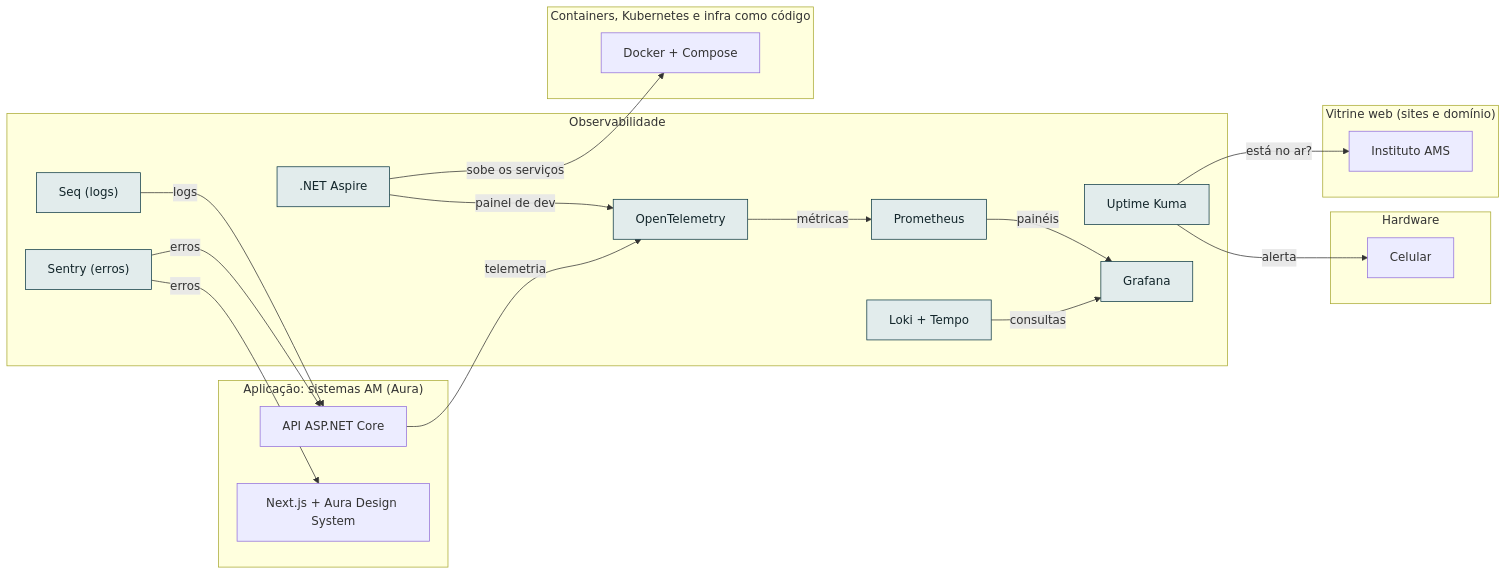
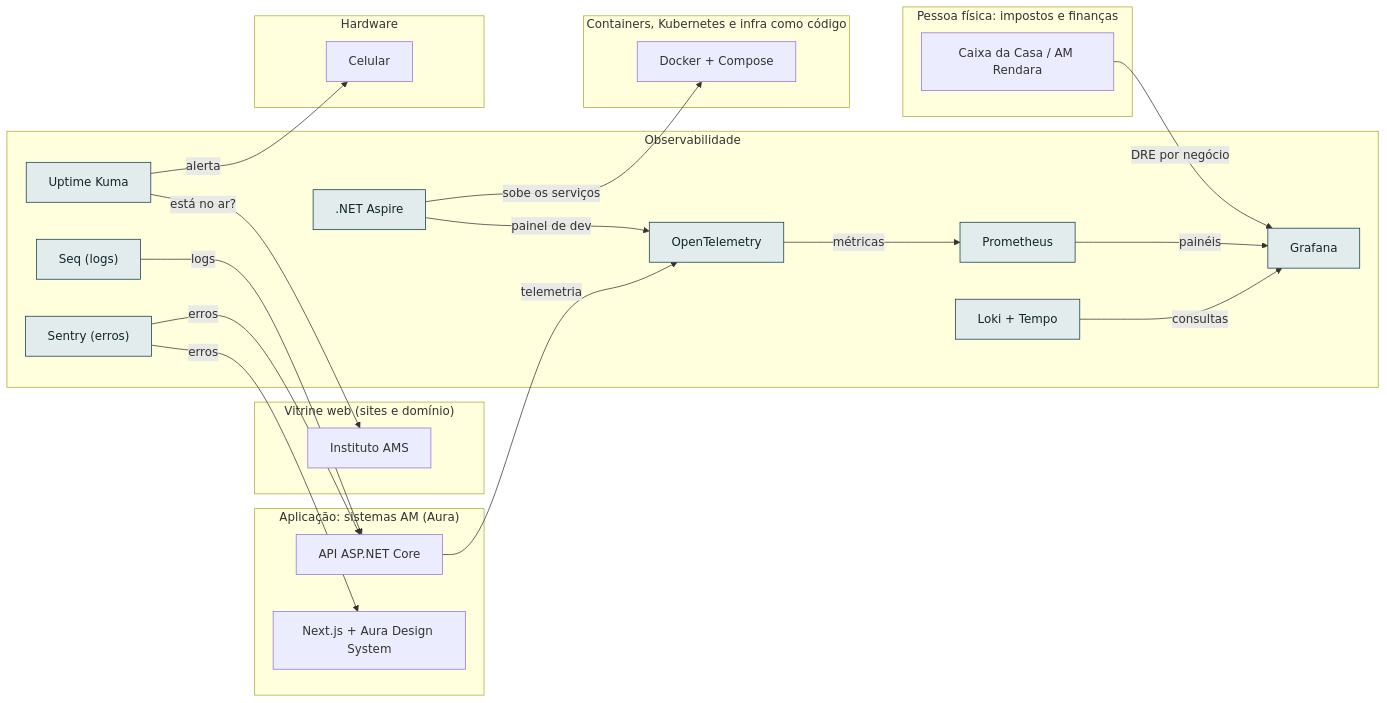
The diagram in docs/camadas/09-obs.md (AlanMateus17/dev-setup), drawn with Mermaid before and after one commit. The commit also changed other lines of this file and 47 other files, not shown here.

````diff
--- a/docs/camadas/09-obs.md
+++ b/docs/camadas/09-obs.md
@@ -14,39 +14,43 @@
 ```mermaid
 flowchart LR
   subgraph L_obs["Observabilidade"]
     n_sentry["Sentry (erros)"]
     n_kuma["Uptime Kuma"]
     n_seq["Seq (logs)"]
     n_loki["Loki + Tempo"]
     n_otel["OpenTelemetry"]
     n_prom["Prometheus"]
     n_graf["Grafana"]
     n_aspire[".NET Aspire"]
+  end
+  subgraph L_emp["Pessoa física: impostos e finanças"]
+    n_caixa["Caixa da Casa / AM Rendara"]
   end
   subgraph L_web["Vitrine web (sites e domínio)"]
     n_inst["Instituto AMS"]
   end
   subgraph L_app["Aplicação: sistemas AM (Aura)"]
     n_api["API ASP.NET Core"]
     n_front["Next.js + Aura Design System"]
   end
   subgraph L_cnt["Containers, Kubernetes e infra como código"]
     n_docker["Docker + Compose"]
   end
   subgraph L_hw["Hardware"]
     n_cel["Celular"]
   end
   n_sentry -->|"erros"| n_api
   n_sentry -->|"erros"| n_front
   n_kuma -->|"está no ar?"| n_inst
   n_kuma -->|"alerta"| n_cel
   n_seq -->|"logs"| n_api
   n_loki -->|"consultas"| n_graf
   n_otel -->|"métricas"| n_prom
   n_api -->|"telemetria"| n_otel
   n_aspire -->|"painel de dev"| n_otel
   n_prom -->|"painéis"| n_graf
+  n_caixa -->|"DRE por negócio"| n_graf
   n_aspire -->|"sobe os serviços"| n_docker
   classDef desta fill:#e2ecec,stroke:#0e3a45,color:#13262b
   class n_sentry,n_kuma,n_seq,n_loki,n_otel,n_prom,n_graf,n_aspire desta
 ```
````
